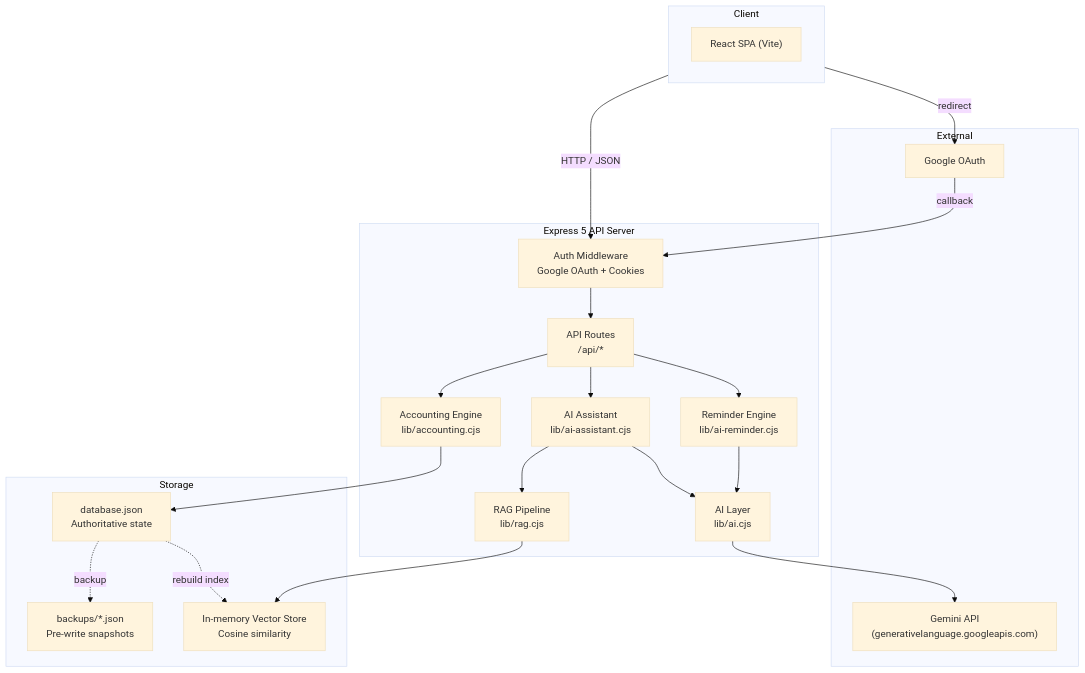
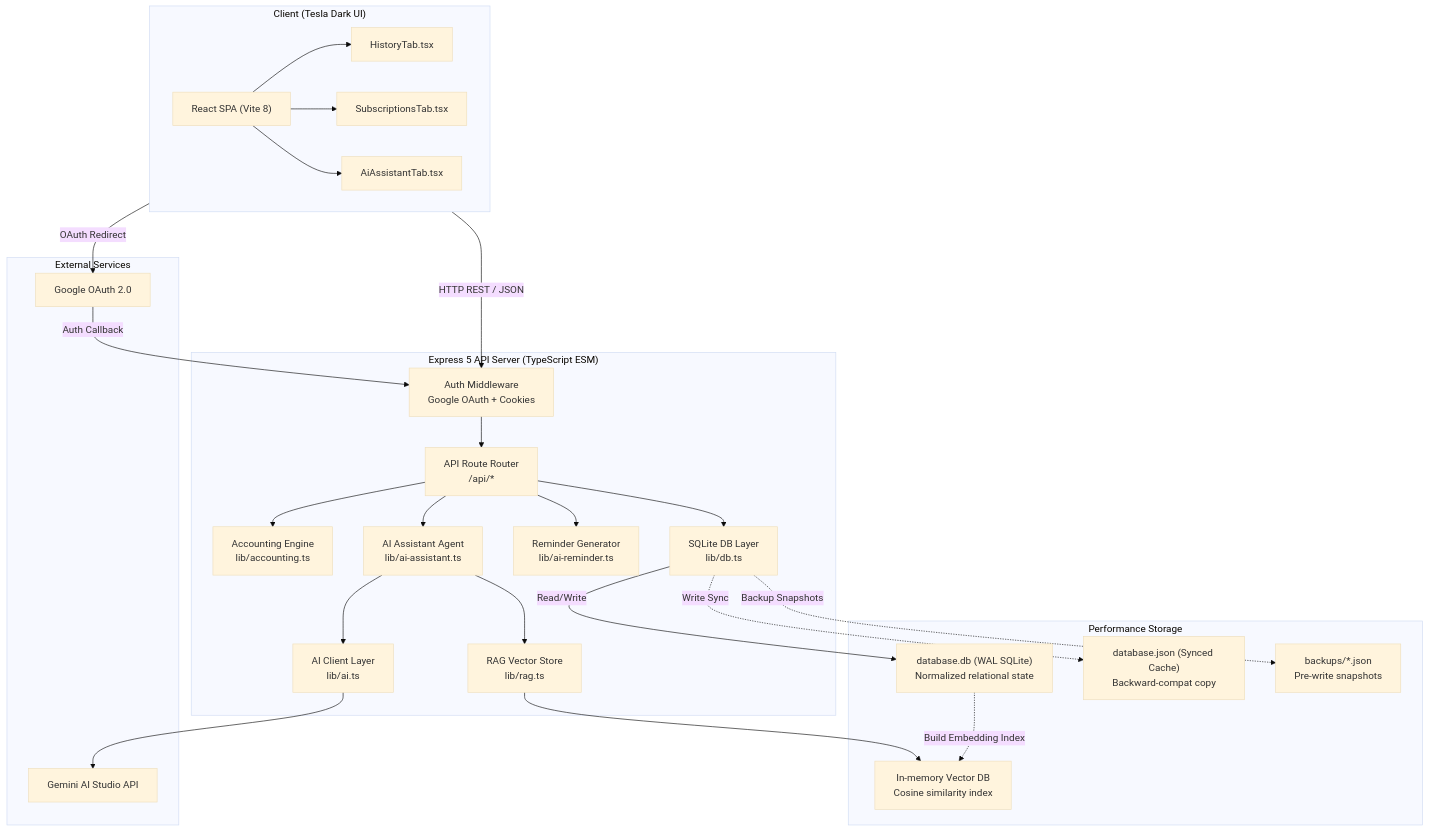
The diagram in README.md (nnnc8/subscription-billing), drawn with Mermaid (base theme) before and after one commit. The commit also changed other lines of this file and 19 other files, not shown here.

Commit message:
feat(core): migrate project to TypeScript ESM, SQLite, Vitest, and initial UI

````diff
--- a/README.md
+++ b/README.md
@@ -69,43 +55,55 @@
 ```mermaid
 graph TB
-    subgraph Client
-        React["React SPA (Vite)"]
+    subgraph Client ["Client (Tesla Dark UI)"]
+        React["React SPA (Vite 8)"]
+        HistoryTab["HistoryTab.tsx"]
+        SubTab["SubscriptionsTab.tsx"]
+        AiTab["AiAssistantTab.tsx"]
+        React --> HistoryTab
+        React --> SubTab
+        React --> AiTab
     end
 
-    subgraph Server["Express 5 API Server"]
+    subgraph Server ["Express 5 API Server (TypeScript ESM)"]
         Auth["Auth Middleware<br/>Google OAuth + Cookies"]
-        API["API Routes<br/>/api/*"]
-        Acc["Accounting Engine<br/>lib/accounting.cjs"]
-        AI["AI Layer<br/>lib/ai.cjs"]
-        RAG["RAG Pipeline<br/>lib/rag.cjs"]
-        Remind["Reminder Engine<br/>lib/ai-reminder.cjs"]
-        Assistant["AI Assistant<br/>lib/ai-assistant.cjs"]
+        API["API Route Router<br/>/api/*"]
+        Acc["Accounting Engine<br/>lib/accounting.ts"]
+        DB["SQLite DB Layer<br/>lib/db.ts"]
+        AI["AI Client Layer<br/>lib/ai.ts"]
+        RAG["RAG Vector Store<br/>lib/rag.ts"]
+        Remind["Reminder Generator<br/>lib/ai-reminder.ts"]
+        Assistant["AI Assistant Agent<br/>lib/ai-assistant.ts"]
     end
 
-    subgraph Storage
-        DB["database.json<br/>Authoritative state"]
+    subgraph Storage ["Performance Storage"]
+        SQLite["database.db (WAL SQLite)<br/>Normalized relational state"]
+        JSONCache["database.json (Synced Cache)<br/>Backward-compat copy"]
         Backups["backups/*.json<br/>Pre-write snapshots"]
-        Vector["In-memory Vector Store<br/>Cosine similarity"]
+        Vector["In-memory Vector DB<br/>Cosine similarity index"]
     end
 
-    subgraph External
-        Google["Google OAuth"]
-        Gemini["Gemini API<br/>(generativelanguage.googleapis.com)"]
+    subgraph External ["External Services"]
+        Google["Google OAuth 2.0"]
+        Gemini["Gemini AI Studio API"]
     end
 
-    Client -->|HTTP / JSON| Auth
+    Client -->|HTTP REST / JSON| Auth
     Auth --> API
     API --> Acc
+    API --> DB
     API --> Remind
     API --> Assistant
-    Acc --> DB
-    DB -.->|backup| Backups
-    AI --> Gemini
-    Remind --> AI
+    
+    DB -->|Read/Write| SQLite
+    DB -.->|Write Sync| JSONCache
+    DB -.->|Backup Snapshots| Backups
+    
     Assistant --> AI
     Assistant --> RAG
     RAG --> Vector
-    DB -.->|rebuild index| Vector
-    Client -->|redirect| Google
-    Google -->|callback| Auth
+    SQLite -.->|Build Embedding Index| Vector
+    
+    AI --> Gemini
+    Client -->|OAuth Redirect| Google
+    Google -->|Auth Callback| Auth
 ```
````
